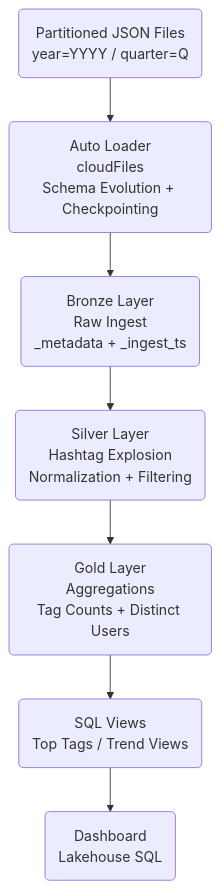
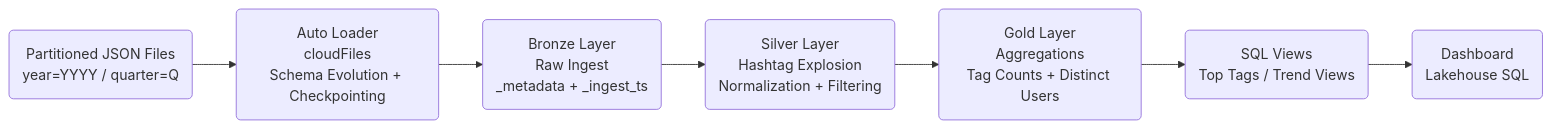
One commit to kangaseric4152-max/pinterest_databricks_pipeline_simulation changed the diagram in README.md. Above: the diagram before and after it, drawn with Mermaid.

Commit message:
trying LR

````diff
--- a/README.md
+++ b/README.md
@@ -20,17 +20,17 @@
 ```mermaid
 
-flowchart TD
+flowchart LR
 
     A(Partitioned JSON Files<br/>year=YYYY / quarter=Q)
         --> B(Auto Loader<br/>cloudFiles<br/>Schema Evolution + Checkpointing)
 
     B --> C(Bronze Layer<br/>Raw Ingest<br/>_metadata + _ingest_ts)
 
     C --> D(Silver Layer<br/>Hashtag Explosion<br/>Normalization + Filtering)
 
     D --> E(Gold Layer<br/>Aggregations<br/>Tag Counts + Distinct Users)
 
     E --> F(SQL Views<br/>Top Tags / Trend Views)
 
     F --> G(Dashboard<br/>Lakehouse SQL)
 ```
````
